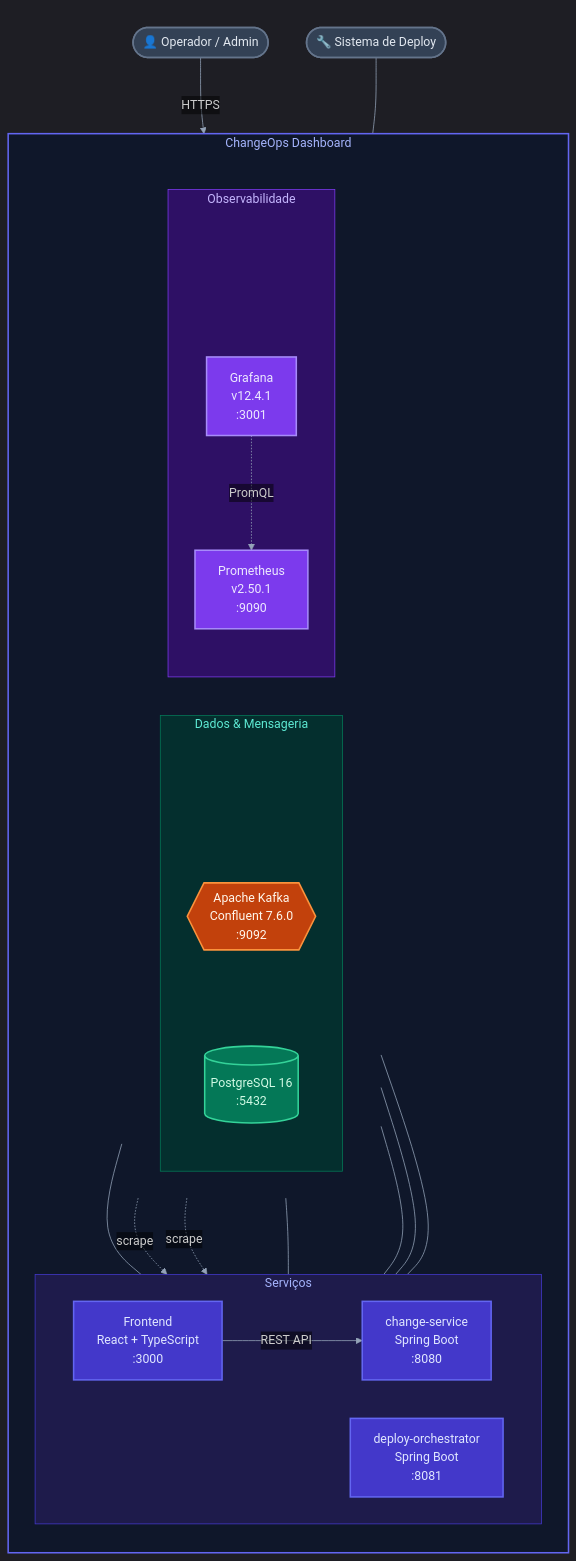
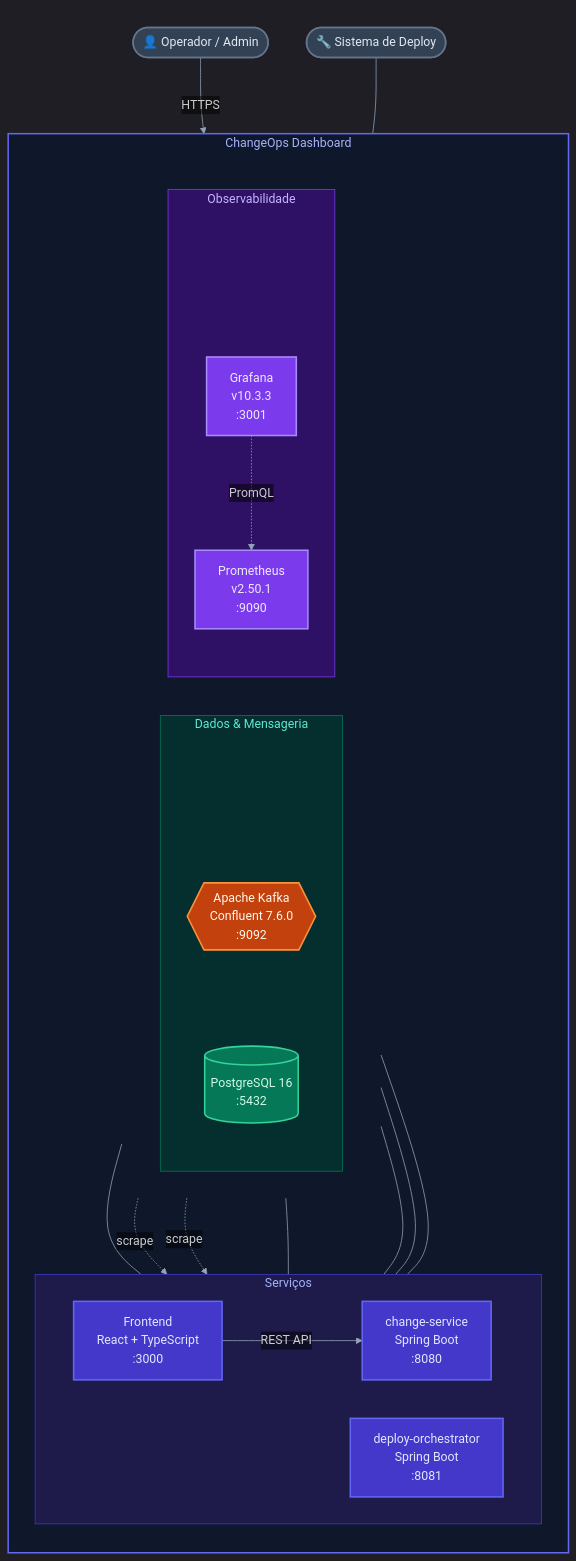
The first of 10 diagrams in docs/PROJETO_COMPLETO.md (claudecirmiranda/changeops), drawn with Mermaid before and after one commit. The commit also changed other lines of this file and 6 other files, not shown here.

````diff
--- a/docs/PROJETO_COMPLETO.md
+++ b/docs/PROJETO_COMPLETO.md
@@ -25,77 +25,77 @@
 ```mermaid
 %%{init: {'theme':'dark', 'themeVariables':{'fontSize':'16px','lineColor':'#94A3B8','edgeLabelBackground':'transparent'}}}%%
 flowchart TD
     subgraph ext[" "]
         user(["👤 Operador / Admin"])
         deploy_system(["🔧 Sistema de Deploy"])
     end
 
     subgraph boundary["ChangeOps Dashboard"]
         direction TB
 
         subgraph services["Serviços"]
             direction LR
             frontend["Frontend<br/>React + TypeScript<br/>:3000"]
             change_service["change-service<br/>Spring Boot<br/>:8080"]
             deploy_orchestrator["deploy-orchestrator<br/>Spring Boot<br/>:8081"]
         end
 
         subgraph infra[" "]
             direction LR
 
             subgraph data["Dados & Mensageria"]
                 direction TB
                 data_pad[ ]:::hidden
                 data_pad ~~~ kafka
                 kafka{{"Apache Kafka<br/>Confluent 7.6.0<br/>:9092"}}
                 postgres[("PostgreSQL 16<br/>:5432")]
                 kafka ~~~ postgres
             end
 
             subgraph obs["Observabilidade"]
                 direction TB
                 obs_pad[ ]:::hidden
                 obs_pad ~~~ grafana
-                grafana["Grafana<br/>v12.4.1<br/>:3001"]
+                grafana["Grafana<br/>v10.3.3<br/>:3001"]
                 prometheus["Prometheus<br/>v2.50.1<br/>:9090"]
             end
         end
     end
 
     user -->|HTTPS| frontend
     frontend -->|REST API| change_service
     deploy_system --- kafka
 
     change_service --- postgres
     change_service --- kafka
 
     kafka --- deploy_orchestrator
     deploy_orchestrator --- postgres
     deploy_orchestrator --- kafka
 
     prometheus -.->|scrape| change_service
     prometheus -.->|scrape| deploy_orchestrator
     grafana -.->|PromQL| prometheus
 
     classDef person fill:#334155,stroke:#64748B,color:#E2E8F0,stroke-width:2px
     classDef svc fill:#4338CA,stroke:#6366F1,color:#E0E7FF,stroke-width:2px
     classDef db fill:#047857,stroke:#34D399,color:#D1FAE5,stroke-width:2px
     classDef broker fill:#C2410C,stroke:#FB923C,color:#FFF7ED,stroke-width:2px
     classDef monitoring fill:#7C3AED,stroke:#A78BFA,color:#EDE9FE,stroke-width:2px
     classDef extSys fill:#334155,stroke:#64748B,color:#E2E8F0,stroke-width:2px
     classDef hidden fill:transparent,stroke:none,color:transparent,stroke-width:0px
 
     class user person
     class frontend,change_service,deploy_orchestrator svc
     class postgres db
     class kafka broker
     class prometheus,grafana monitoring
     class deploy_system extSys
 
     style ext fill:none,stroke:none
     style infra fill:none,stroke:none
     style boundary fill:#0F172A,stroke:#6366F1,stroke-width:2px,color:#A5B4FC
     style services fill:#1E1B4B,stroke:#4338CA,stroke-width:1px,color:#A5B4FC
     style data fill:#042F2E,stroke:#047857,stroke-width:1px,color:#5EEAD4
     style obs fill:#2E1065,stroke:#7C3AED,stroke-width:1px,color:#C4B5FD
 ```
````
